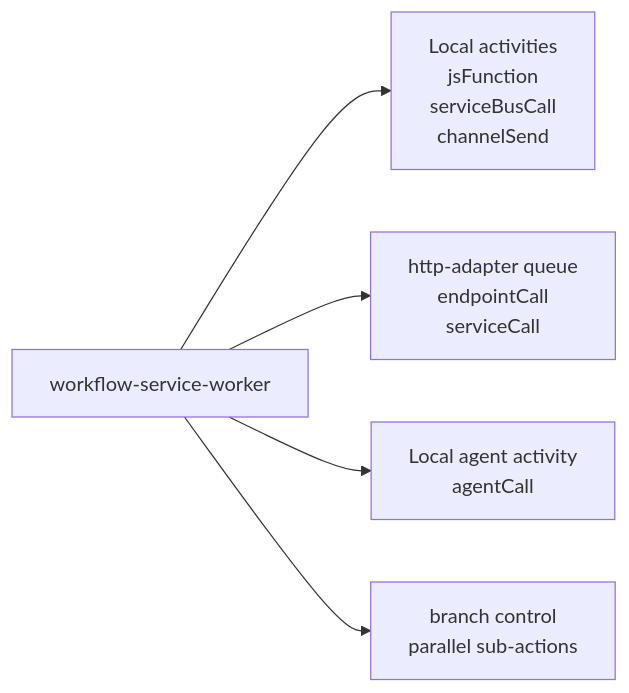
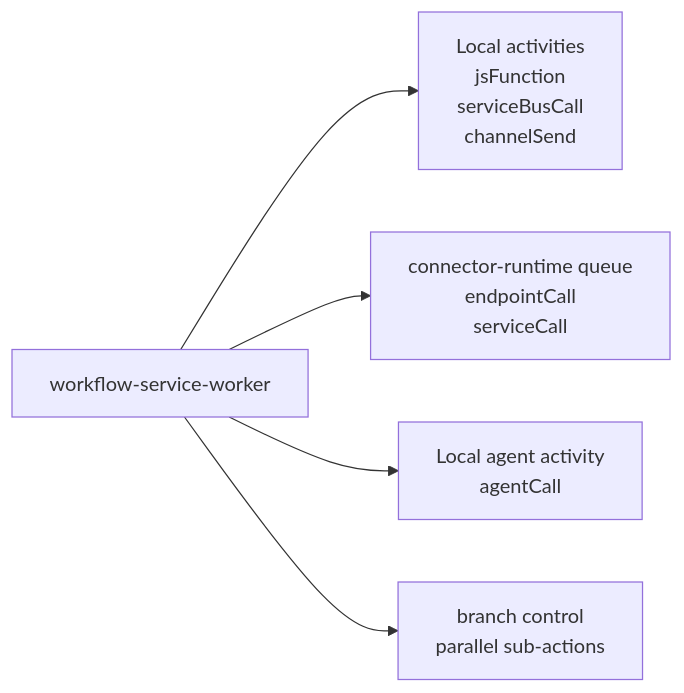
The second of 3 diagrams in DOCS/04-WORKFLOW-ENGINE.md (ccarnero/colloqui), drawn with Mermaid before and after one commit. The commit also changed other lines of this file and 418 other files, not shown here.

First line of the commit message:
Merged PR 3855: Remove services. Rename http-adapter/adapter-service. Update docs

````diff
--- a/DOCS/04-WORKFLOW-ENGINE.md
+++ b/DOCS/04-WORKFLOW-ENGINE.md
@@ -57,8 +57,8 @@
 ```mermaid
 flowchart LR
     wfw[workflow-service-worker]
     wfw --> local[Local activities\njsFunction\nserviceBusCall\nchannelSend]
-    wfw --> httpa[http-adapter queue\nendpointCall\nserviceCall]
+    wfw --> httpa[connector-runtime queue\nendpointCall\nserviceCall]
     wfw --> localagent[Local agent activity\nagentCall]
     wfw --> branch[branch control\nparallel sub-actions]
 ```
````
